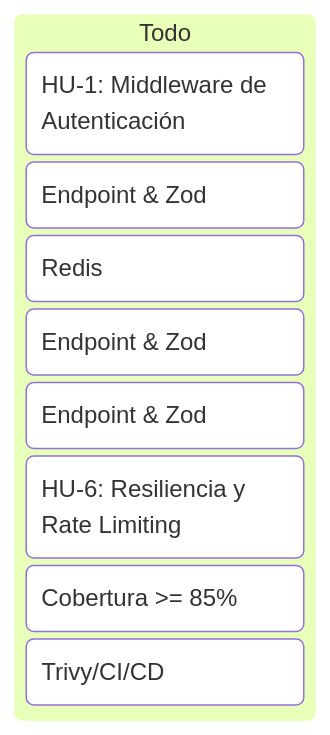
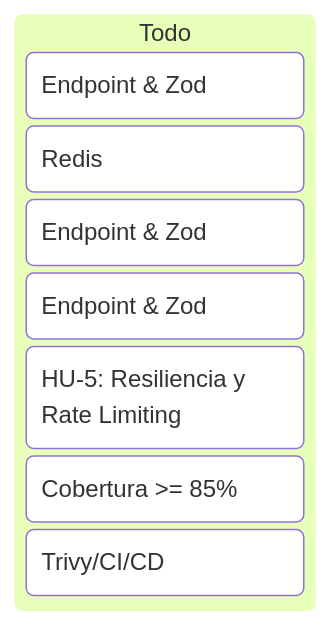
The diagram in historias.md (AndresBrav/Mapas), drawn with Mermaid before and after one commit. The commit also changed other lines of this file and 2 other files, not shown here.

````diff
--- a/historias.md
+++ b/historias.md
@@ -9,12 +9,11 @@
 ```mermaid
 kanban
   Todo
-    HU-1: Middleware de Autenticación
-    HU-2: Geocodificación de Direcciones (Endpoint & Zod)
-    HU-3: Caché con Patrón Cache-Aside (Redis)
-    HU-4: Cálculo de Rutas Terrestres (Endpoint & Zod)
-    HU-5: Cálculo de Distancia y Tiempo (Endpoint & Zod)
-    HU-6: Resiliencia y Rate Limiting
-    HU-7: Pruebas Unitarias (Cobertura >= 85%)
-    HU-8: Carga K6 y Seguridad (Trivy/CI/CD)
+    HU-1: Geocodificación de Direcciones (Endpoint & Zod)
+    HU-2: Caché con Patrón Cache-Aside (Redis)
+    HU-3: Cálculo de Rutas Terrestres (Endpoint & Zod)
+    HU-4: Cálculo de Distancia y Tiempo (Endpoint & Zod)
+    HU-5: Resiliencia y Rate Limiting
+    HU-6: Pruebas Unitarias (Cobertura >= 85%)
+    HU-7: Carga K6 y Seguridad (Trivy/CI/CD)
 ```
````
